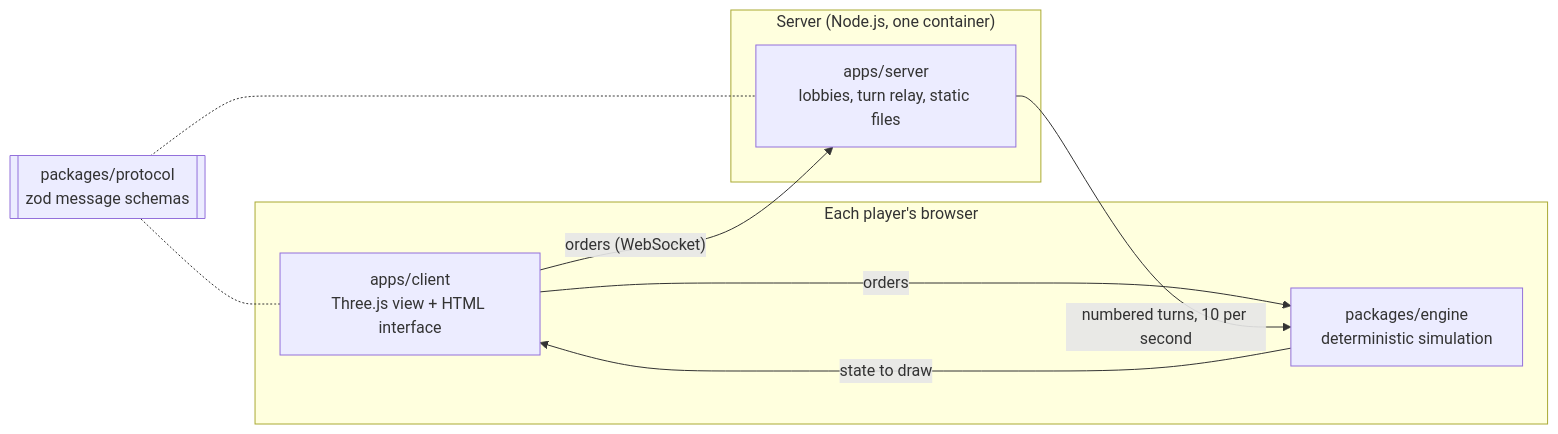
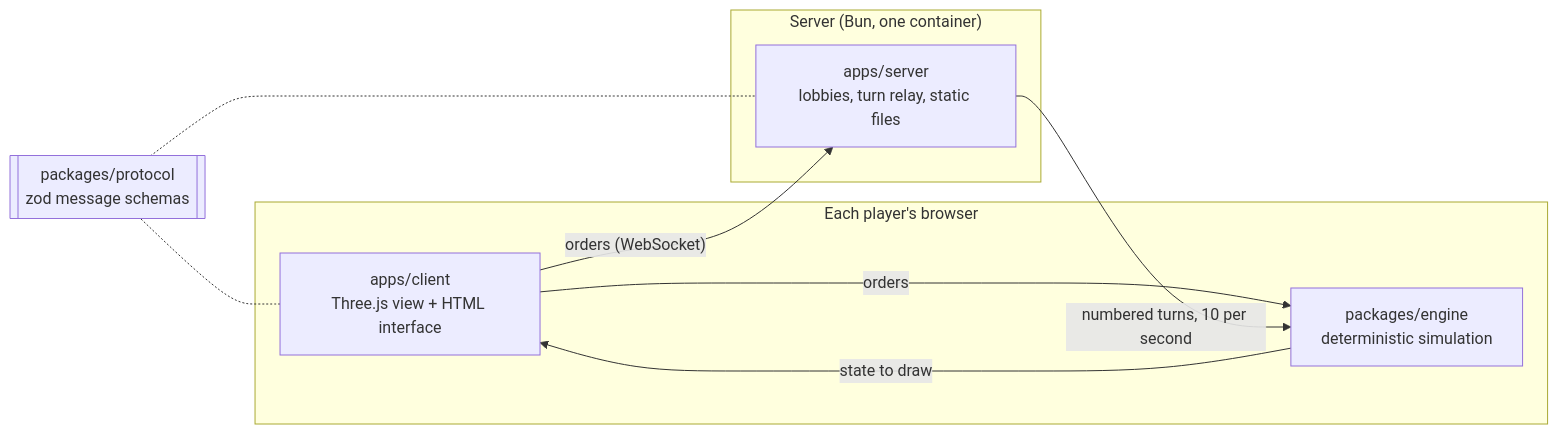
The diagram in README.md (MohammadBnei/frontfall), drawn with Mermaid before and after one commit. The commit also changed 42 other files, not shown here.

````diff
--- a/README.md
+++ b/README.md
@@ -86,16 +86,16 @@
 ```mermaid
 flowchart LR
   subgraph Browser["Each player's browser"]
     UI["apps/client<br/>Three.js view + HTML interface"]
     Engine["packages/engine<br/>deterministic simulation"]
     UI -- "orders" --> Engine
     Engine -- "state to draw" --> UI
   end
-  subgraph Host["Server (Node.js, one container)"]
+  subgraph Host["Server (Bun, one container)"]
     Relay["apps/server<br/>lobbies, turn relay, static files"]
   end
   UI -- "orders (WebSocket)" --> Relay
   Relay -- "numbered turns, 10 per second" --> Engine
   Protocol[["packages/protocol<br/>zod message schemas"]] -.- UI
   Protocol -.- Relay
 ```
````
